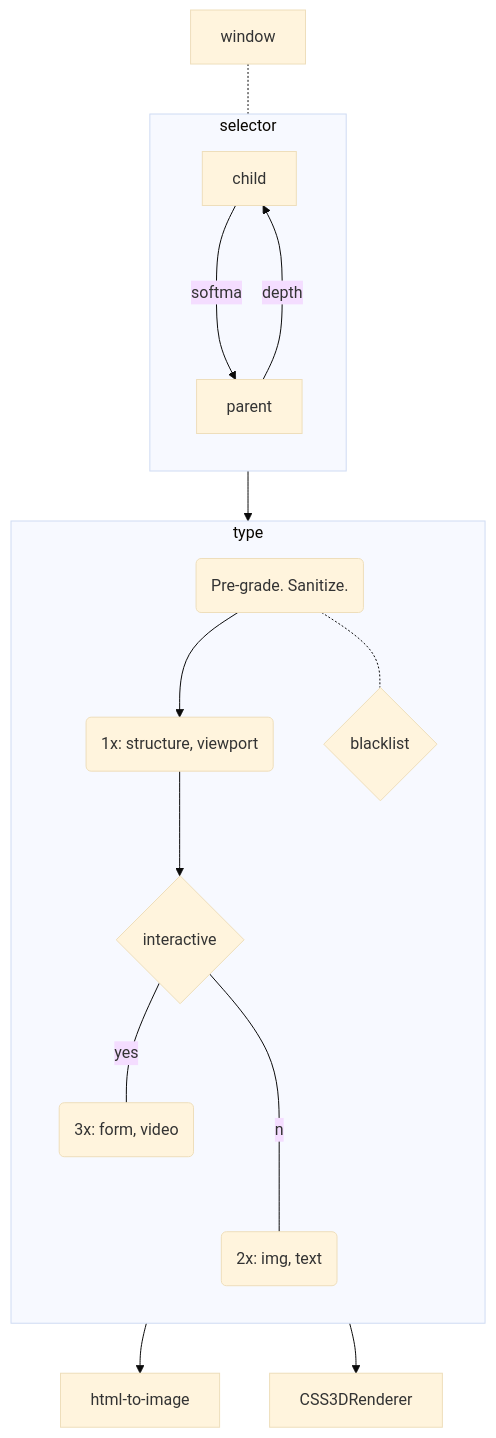
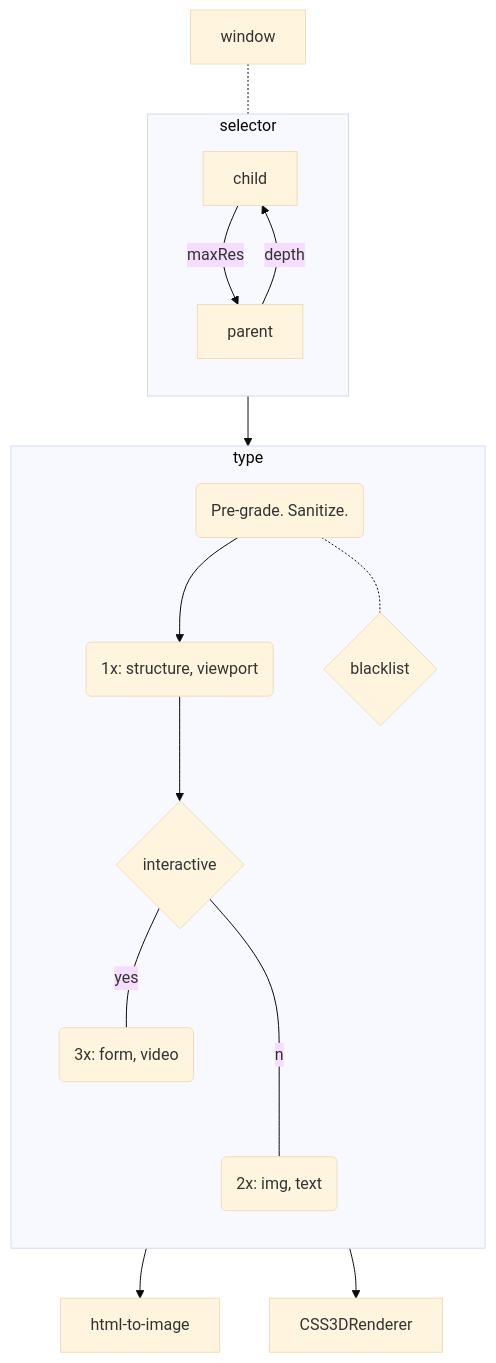
One commit to KurtPachinger/mpos-precept changed the diagram in README.md. Above: the diagram before and after it, drawn with Mermaid (base theme).

````diff
--- a/README.md
+++ b/README.md
@@ -9,25 +9,25 @@
 ```mermaid
 flowchart TB
 
 window-.-selector
 subgraph selector
  direction TB
- child--softmax-->parent
+ child--maxRes-->parent
  parent--depth-->child
 end
 
 grade("Pre-grade. Sanitize.")
 selector-->grade-->a
 
 subgraph type
   direction TB
   a("1x: structure, viewport")
   grade-.-tag{blacklist}
   a-->b{interactive}
   b--no---poster("2x: img, text")
   b--yes---native("3x: form, video")
 end
 
 poster-->html-to-image
 native-->CSS3DRenderer
 ```
````
